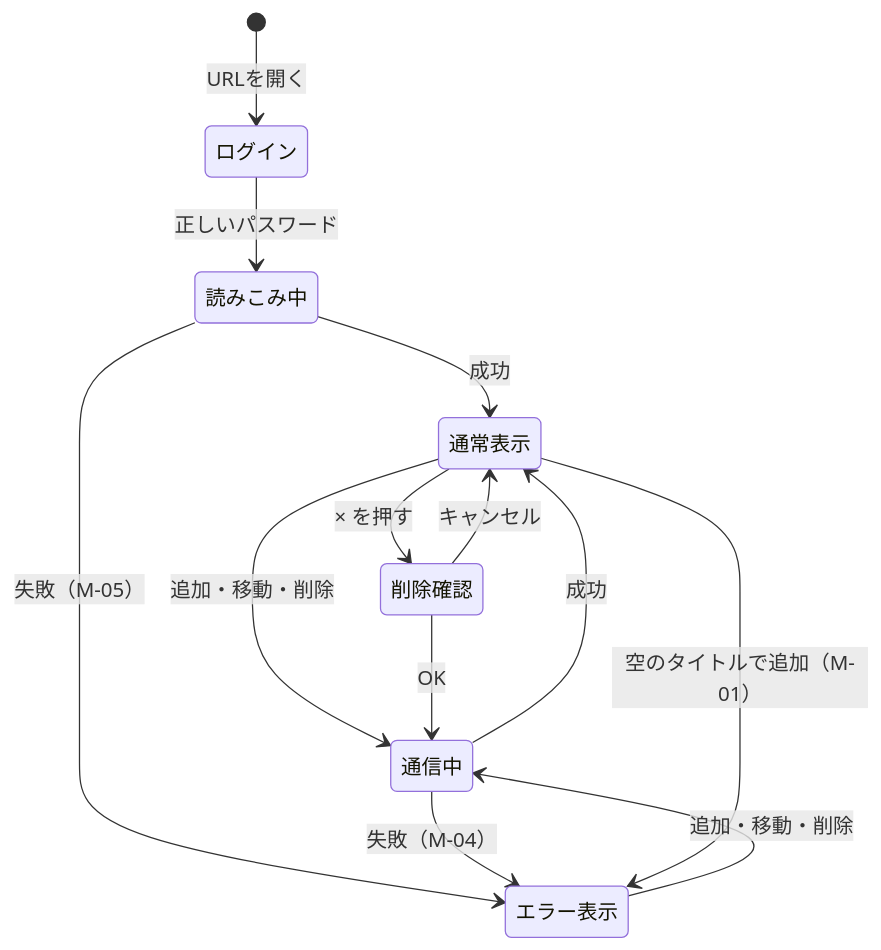
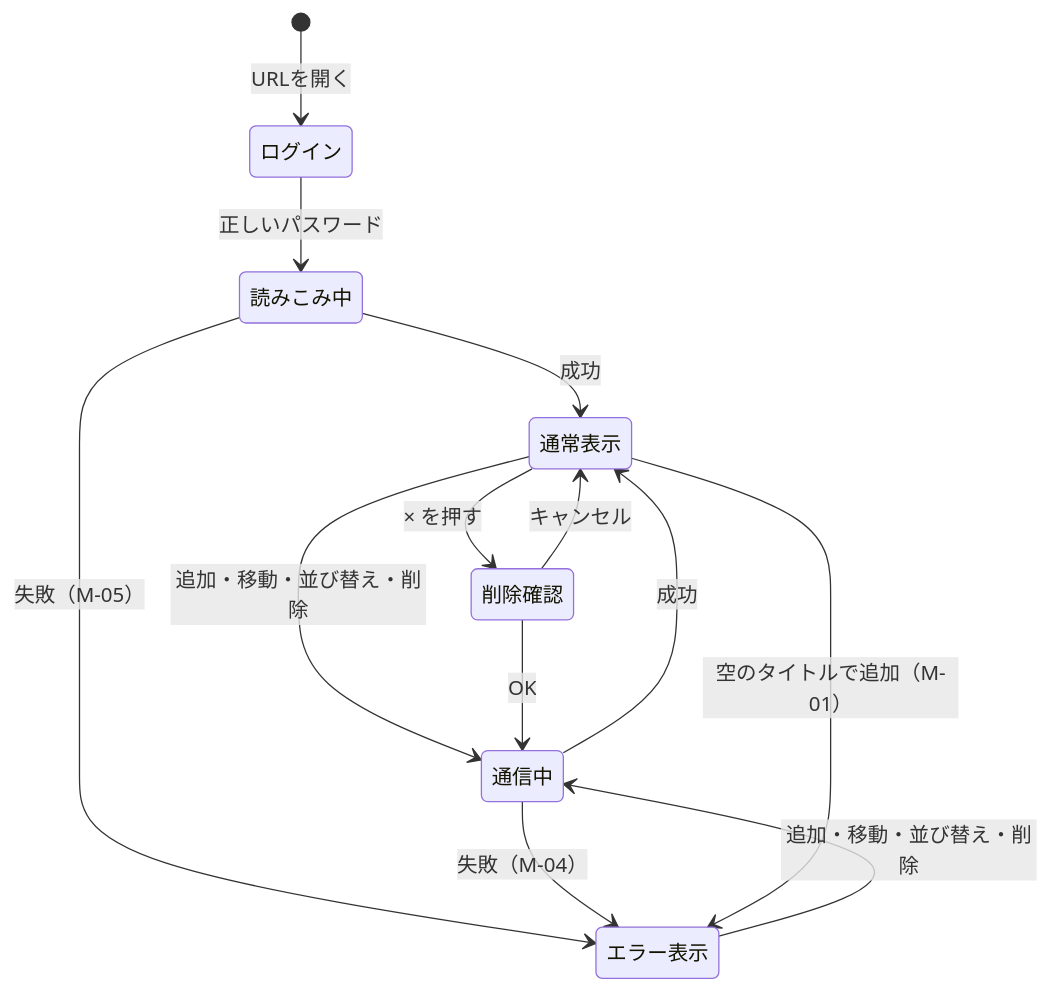
Before and after one commit to kynkt-rgb/task-board: the diagram in docs/03_screen-design.md, drawn with Mermaid. The commit also changed other lines of this file and 6 other files, not shown here.

````diff
--- a/docs/03_screen-design.md
+++ b/docs/03_screen-design.md
@@ -71,15 +74,15 @@
 ```mermaid
 stateDiagram-v2
     [*] --> ログイン : URLを開く
     ログイン --> 読みこみ中 : 正しいパスワード
     読みこみ中 --> 通常表示 : 成功
     読みこみ中 --> エラー表示 : 失敗（M-05）
-    通常表示 --> 通信中 : 追加・移動・削除
+    通常表示 --> 通信中 : 追加・移動・並び替え・削除
     通信中 --> 通常表示 : 成功
     通信中 --> エラー表示 : 失敗（M-04）
     通常表示 --> エラー表示 : 空のタイトルで追加（M-01）
-    エラー表示 --> 通信中 : 追加・移動・削除
+    エラー表示 --> 通信中 : 追加・移動・並び替え・削除
     通常表示 --> 削除確認 : × を押す
     削除確認 --> 通信中 : OK
     削除確認 --> 通常表示 : キャンセル
 ```
````
